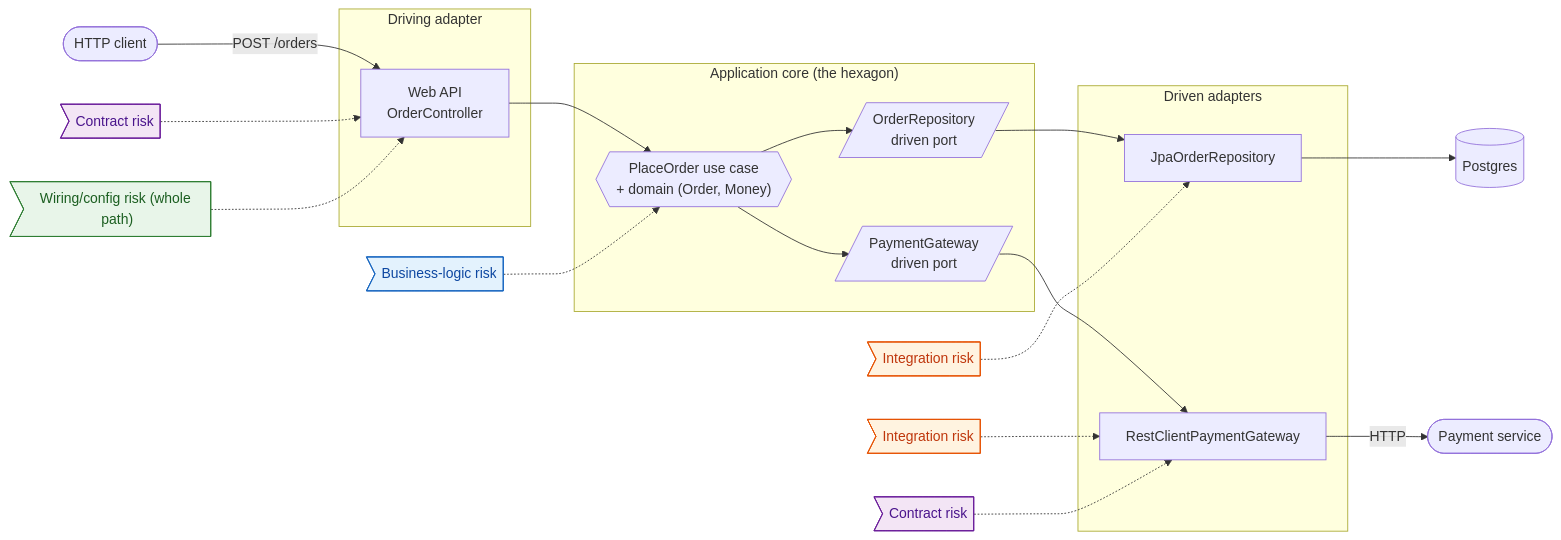
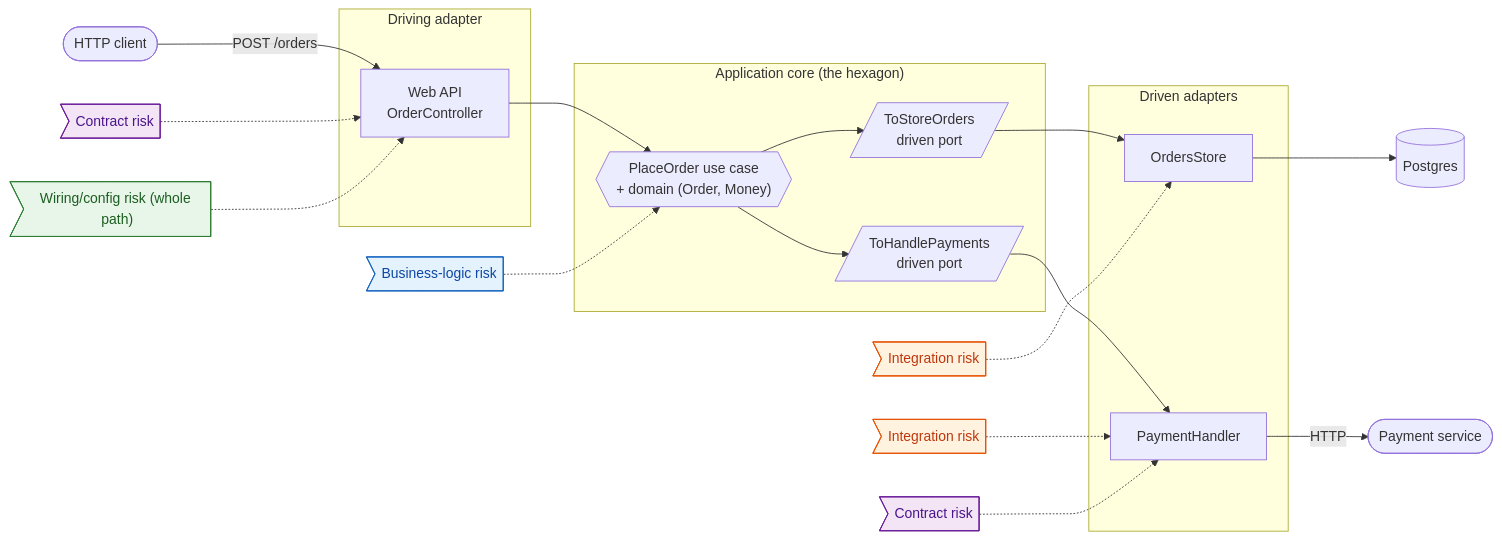
The diagram in README.md (mkutz/hexagonal-testing-spring-boot), drawn with Mermaid before and after one commit. The commit also changed other lines of this file and 19 other files, not shown here.

````diff
--- a/README.md
+++ b/README.md
@@ -37,38 +37,38 @@
 ```mermaid
 flowchart LR
     client([HTTP client])
 
     subgraph driving["Driving adapter"]
         web["Web API<br/>OrderController"]
     end
 
     subgraph core["Application core (the hexagon)"]
         uc{{"PlaceOrder use case<br/>+ domain (Order, Money)"}}
-        rp[/"OrderRepository<br/>driven port"/]
-        pp[/"PaymentGateway<br/>driven port"/]
+        rp[/"ToStoreOrders<br/>driven port"/]
+        pp[/"ToHandlePayments<br/>driven port"/]
     end
 
     subgraph driven["Driven adapters"]
-        jpa["JpaOrderRepository"]
-        payg["RestClientPaymentGateway"]
+        jpa["OrdersStore"]
+        payg["PaymentHandler"]
     end
 
     db[(Postgres)]
     ext([Payment service])
 
     client -->|POST /orders| web --> uc
     uc --> rp --> jpa --> db
     uc --> pp --> payg -->|HTTP| ext
 
     rk1>"Business-logic risk"]:::logic -.-> uc
     rk2>"Integration risk"]:::integ -.-> jpa
     rk3>"Integration risk"]:::integ -.-> payg
     rk4>"Contract risk"]:::contract -.-> web
     rk5>"Contract risk"]:::contract -.-> payg
     rk6>"Wiring/config risk (whole path)"]:::wiring -.-> web
 
     classDef logic fill:#e3f2fd,stroke:#1565c0,color:#0d47a1;
     classDef integ fill:#fff3e0,stroke:#e65100,color:#bf360c;
     classDef contract fill:#f3e5f5,stroke:#6a1b9a,color:#4a148c;
     classDef wiring fill:#e8f5e9,stroke:#2e7d32,color:#1b5e20;
 ```
````
